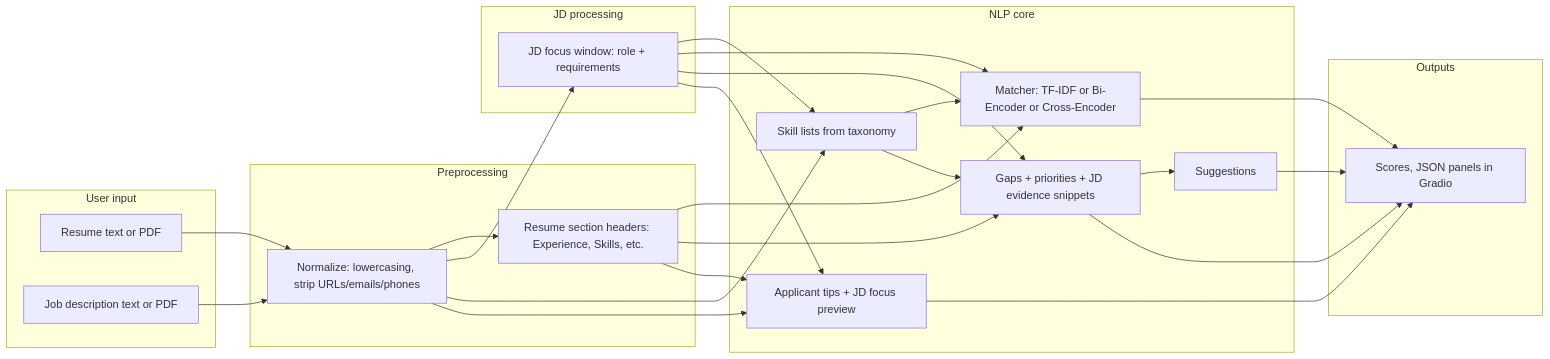
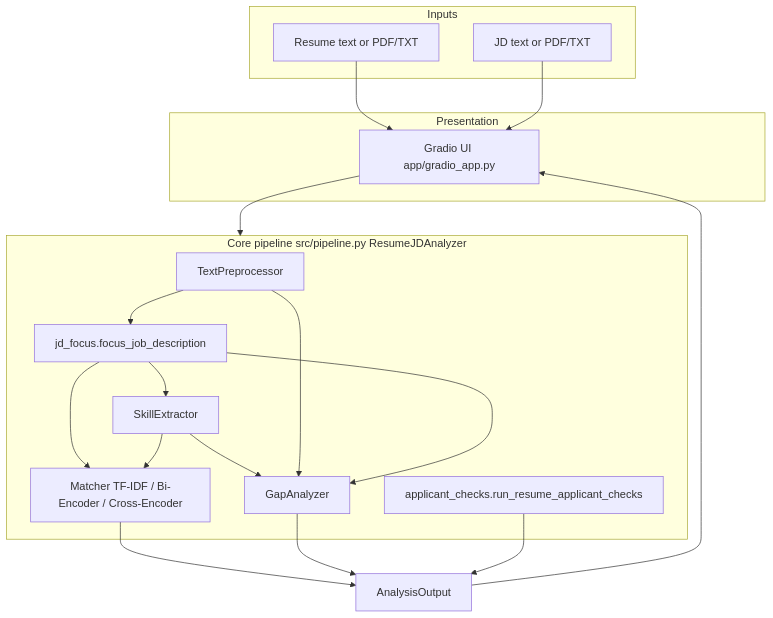
The diagram in README.md (ritik123gaire/ResumeJDAnalyzer), drawn with Mermaid before and after one commit. The commit also changed other lines of this file, not shown here.

````diff
--- a/README.md
+++ b/README.md
@@ -142,49 +25,35 @@
 ```mermaid
-flowchart LR
-  subgraph in [User input]
-    R[Resume text or PDF]
-    J[Job description text or PDF]
+flowchart TB
+  subgraph inputs [Inputs]
+    R[Resume text or PDF/TXT]
+    J[JD text or PDF/TXT]
   end
 
-  subgraph prep [Preprocessing]
-    N[Normalize: lowercasing, strip URLs/emails/phones]
-    SEC[Resume section headers: Experience, Skills, etc.]
+  subgraph ui [Presentation]
+    G[Gradio UI app/gradio_app.py]
   end
 
-  subgraph jd [JD processing]
-    F[JD focus window: role + requirements]
+  subgraph core [Core pipeline src/pipeline.py ResumeJDAnalyzer]
+    P[TextPreprocessor]
+    F[jd_focus.focus_job_description]
+    S[SkillExtractor]
+    M[Matcher TF-IDF / Bi-Encoder / Cross-Encoder]
+    GA[GapAnalyzer]
+    AC[applicant_checks.run_resume_applicant_checks]
   end
 
-  subgraph nlp [NLP core]
-    SK[Skill lists from taxonomy]
-    M[Matcher: TF-IDF or Bi-Encoder or Cross-Encoder]
-    G[Gaps + priorities + JD evidence snippets]
-    S[Suggestions]
-    A[Applicant tips + JD focus preview]
-  end
-
-  subgraph out [Outputs]
-    O[Scores, JSON panels in Gradio]
-  end
-
-  R --> N
-  J --> N
-  N --> SEC
-  N --> F
-  F --> SK
-  N --> SK
-  SK --> M
-  SEC --> M
+  R --> G
+  J --> G
+  G --> core
+  P --> F
+  F --> S
   F --> M
-  SK --> G
-  F --> G
-  SEC --> G
-  G --> S
-  N --> A
-  SEC --> A
-  F --> A
-  M --> O
-  S --> O
-  G --> O
-  A --> O
+  S --> M
+  S --> GA
+  P --> GA
+  F --> GA
+  M --> OUT[AnalysisOutput]
+  GA --> OUT
+  AC --> OUT
+  OUT --> G
 ```
````
